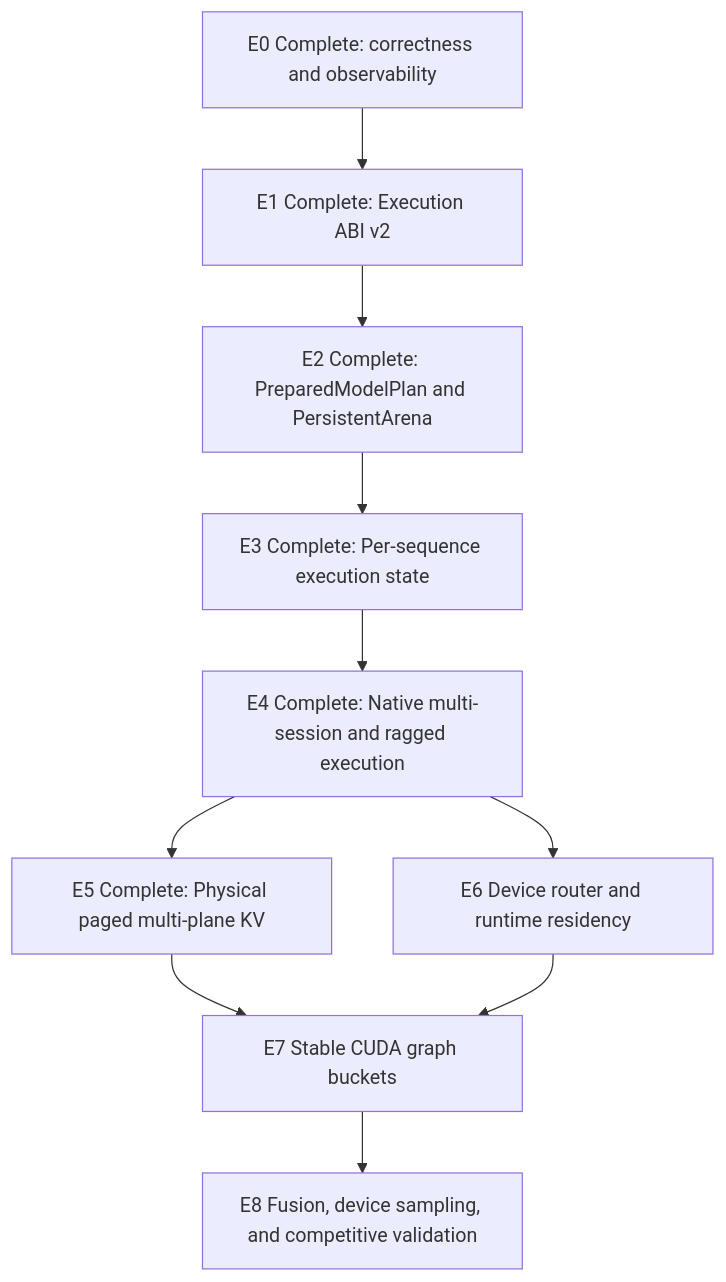
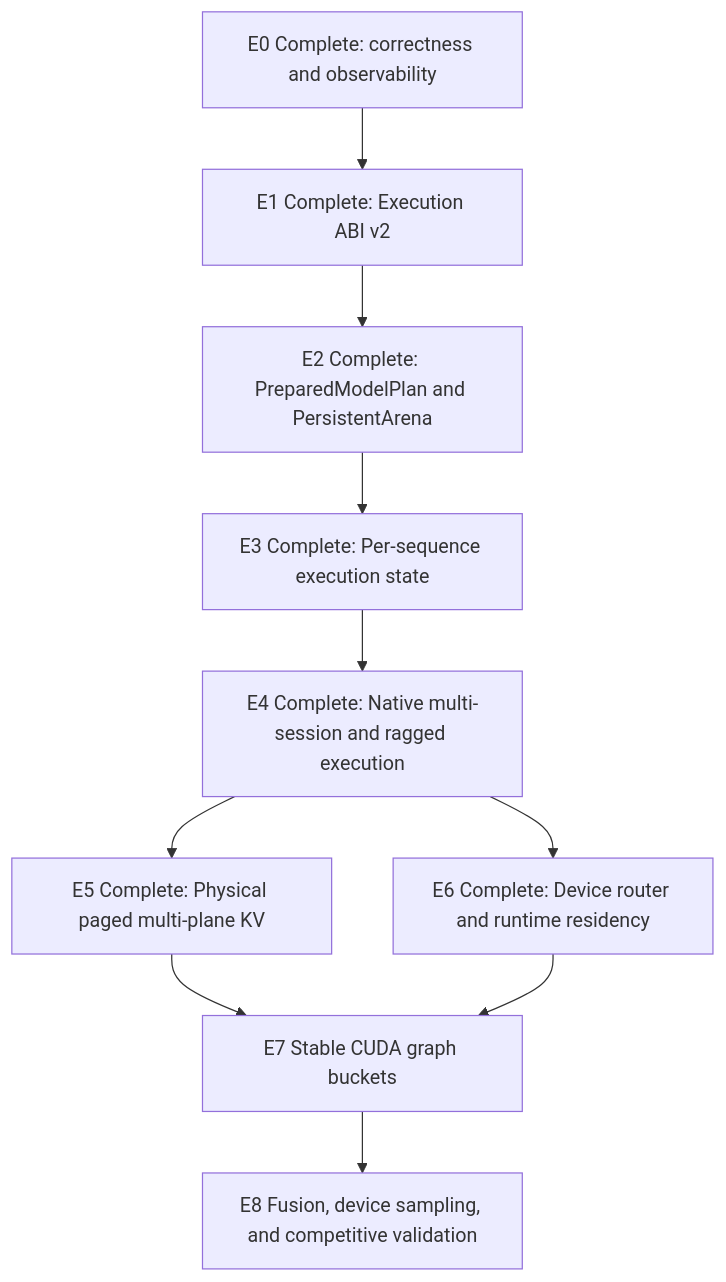
One commit to devillove084/Ferrule changed the diagram in docs/ROADMAP.md. Above: the diagram before and after it, drawn with Mermaid. The commit also changed other lines of this file and 21 other files, not shown here.

Commit message:
feat: complete runtime expert residency ownership

````diff
--- a/docs/ROADMAP.md
+++ b/docs/ROADMAP.md
@@ -159,13 +162,13 @@
 ```mermaid
 flowchart TD
     E0[E0 Complete: correctness and observability] --> E1[E1 Complete: Execution ABI v2]
     E1 --> E2[E2 Complete: PreparedModelPlan and PersistentArena]
     E2 --> E3[E3 Complete: Per-sequence execution state]
     E3[E3 Complete: Per-sequence execution state]
     E3 --> E4[E4 Complete: Native multi-session and ragged execution]
     E4 --> E5[E5 Complete: Physical paged multi-plane KV]
-    E4 --> E6[E6 Device router and runtime residency]
+    E4 --> E6[E6 Complete: Device router and runtime residency]
     E5 --> E7[E7 Stable CUDA graph buckets]
     E6 --> E7
     E7 --> E8[E8 Fusion, device sampling, and competitive validation]
 ```
````
